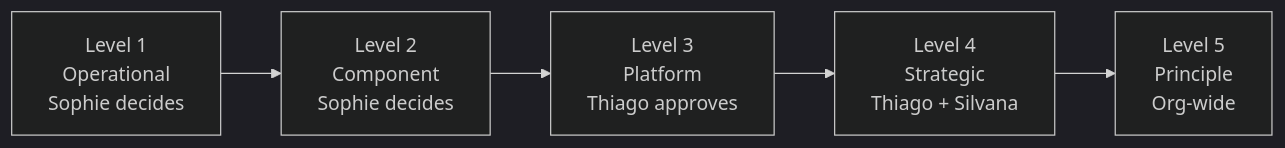
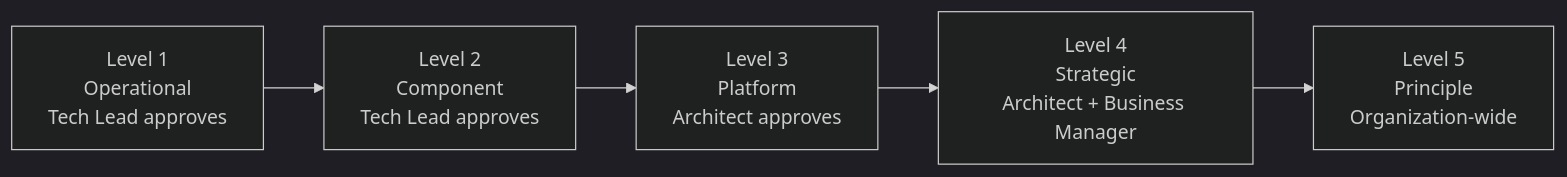
Before and after one commit to sophie-pyxis/adr_hub: the tenth of 15 diagrams in README.md, drawn with Mermaid (dark theme). The commit also changed other lines of this file, not shown here.

First line of the commit message:
Fix README.md Mermaid syntax and generic approver roles

````diff
--- a/README.md
+++ b/README.md
@@ -287,10 +287,10 @@
 ```mermaid
 flowchart LR
-    L1["Level 1<br/>Operational<br/>Sophie decides"]
-    L2["Level 2<br/>Component<br/>Sophie decides"]
-    L3["Level 3<br/>Platform<br/>Thiago approves"]
-    L4["Level 4<br/>Strategic<br/>Thiago + Silvana"]
-    L5["Level 5<br/>Principle<br/>Org-wide"]
+    L1["Level 1<br/>Operational<br/>Tech Lead approves"]
+    L2["Level 2<br/>Component<br/>Tech Lead approves"]
+    L3["Level 3<br/>Platform<br/>Architect approves"]
+    L4["Level 4<br/>Strategic<br/>Architect + Business Manager"]
+    L5["Level 5<br/>Principle<br/>Organization-wide"]
     
     L1 --> L2 --> L3 --> L4 --> L5
 ```
````
